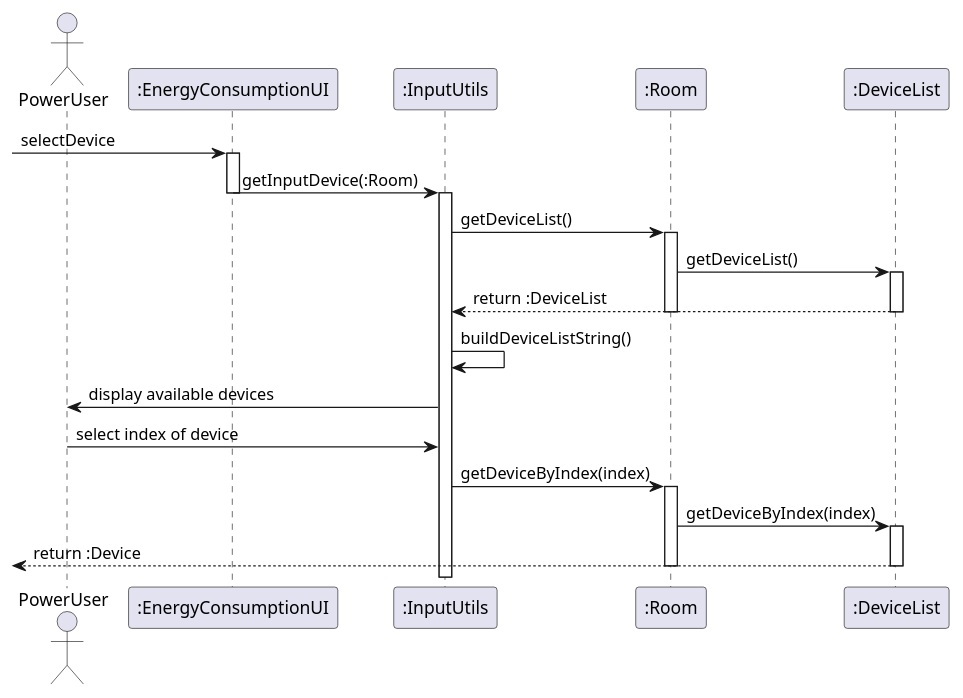
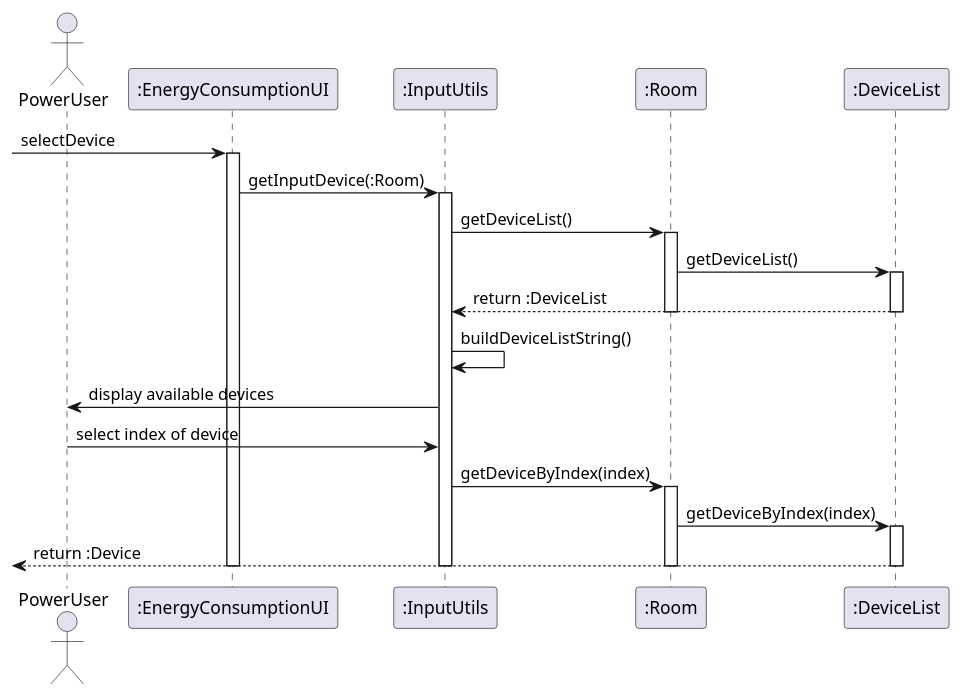
Before and after one commit to Almadanmp/project: the diagram in uml/US720/selectDevice.puml, drawn with PlantUML.

Commit message:
Refs #101 - Fixes selectDevice UML sequence diagram activation boxes.

```diff
--- a/uml/US720/selectDevice.puml
+++ b/uml/US720/selectDevice.puml
@@ -1,27 +1,28 @@
 @startuml
 
 actor PowerUser
 
 -> ":EnergyConsumptionUI": selectDevice
 activate ":EnergyConsumptionUI"
 ":EnergyConsumptionUI" -> ":InputUtils": getInputDevice(:Room)
-deactivate ":EnergyConsumptionUI"
 activate ":InputUtils"
 ":InputUtils" -> ":Room": getDeviceList()
 activate ":Room"
 ":Room" -> ":DeviceList": getDeviceList()
 activate ":DeviceList"
 ":DeviceList" --> ":InputUtils": return :DeviceList
 deactivate ":DeviceList"
 deactivate ":Room"
 ":InputUtils" -> ":InputUtils": buildDeviceListString()
 ":InputUtils" -> PowerUser: display available devices
 PowerUser -> ":InputUtils":  select index of device
 ":InputUtils" -> ":Room": getDeviceByIndex(index)
 activate ":Room"
 ":Room" -> ":DeviceList": getDeviceByIndex(index)
 activate ":DeviceList"
 <-- ":DeviceList": return :Device
 deactivate ":DeviceList"
 deactivate ":Room"
+deactivate ":EnergyConsumptionUI"
+deactivate ":InputUtils"
 @enduml
```
